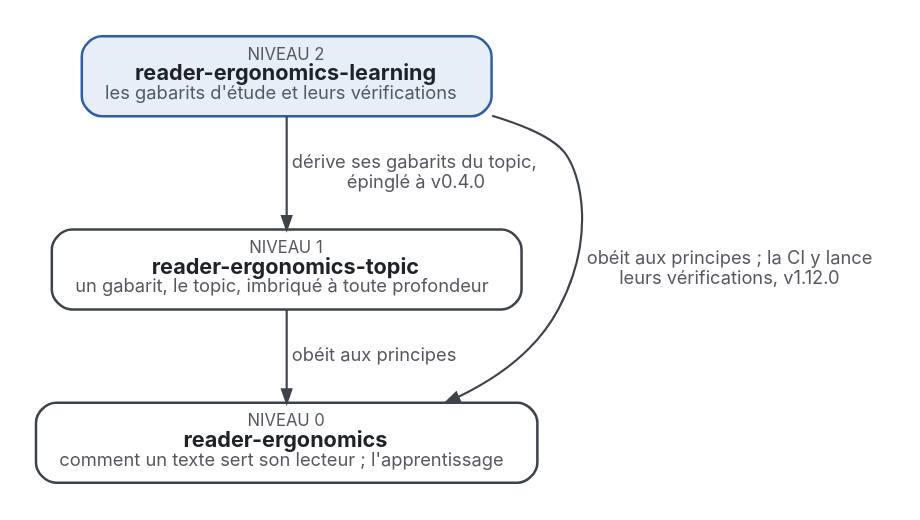
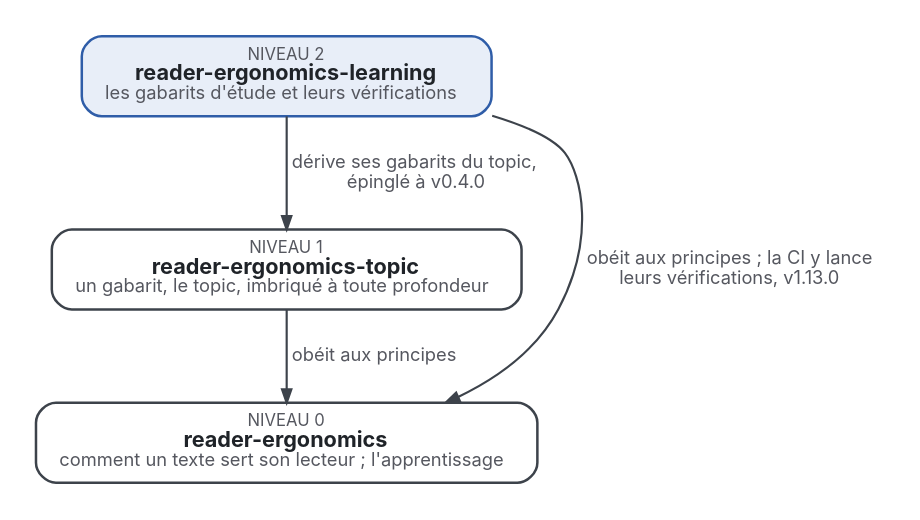
Before and after one commit to Tewf/reader-ergonomics-learning: the diagram in where-it-sits.fr.dot, drawn with Graphviz. The commit also changed 30 other files, not shown here.

```diff
--- a/where-it-sits.fr.dot
+++ b/where-it-sits.fr.dot
@@ -1,11 +1,11 @@
 digraph niveaux {
   graph [rankdir=TB, nodesep=0.6, ranksep=0.6, bgcolor="white", pad=0.2, fontname="Inter"];
   node  [shape=box, style="rounded,filled", fontname="Inter", fontsize=13, margin="0.2,0.1", penwidth=1.5, fontcolor="#1F2328"];
   edge  [fontname="Inter", fontsize=11, color="#3D434B", fontcolor="#55575F", penwidth=1.3, arrowsize=0.8];
   L [label=<<font point-size="10" color="#55575F">NIVEAU 2</font><br/><b>reader-ergonomics-learning</b><br/><font point-size="11" color="#55575F">les gabarits d'étude et leurs vérifications</font>>, fillcolor="#E8EEF8", color="#2F5DA8"];
   T [label=<<font point-size="10" color="#55575F">NIVEAU 1</font><br/><b>reader-ergonomics-topic</b><br/><font point-size="11" color="#55575F">un gabarit, le topic, imbriqué à toute profondeur</font>>, fillcolor="#FFFFFF", color="#3D434B"];
   R [label=<<font point-size="10" color="#55575F">NIVEAU 0</font><br/><b>reader-ergonomics</b><br/><font point-size="11" color="#55575F">comment un texte sert son lecteur ; l'apprentissage</font>>, fillcolor="#FFFFFF", color="#3D434B"];
   L -> T [label=<  dérive ses gabarits du topic,<br/>  épinglé à v0.4.0>];
   T -> R [label=<  obéit aux principes>];
-  L -> R [label=<  obéit aux principes ; la CI y lance<br/>  leurs vérifications, v1.12.0>, constraint=false];
+  L -> R [label=<  obéit aux principes ; la CI y lance<br/>  leurs vérifications, v1.13.0>, constraint=false];
 }
```
